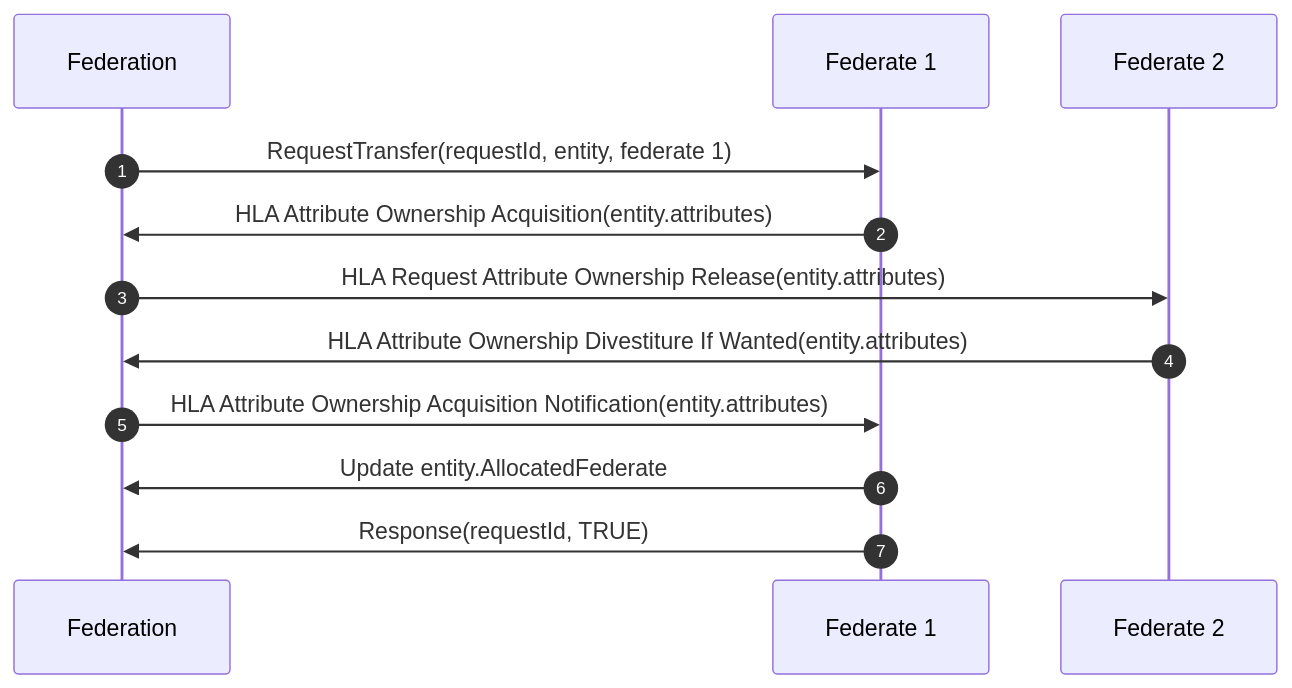
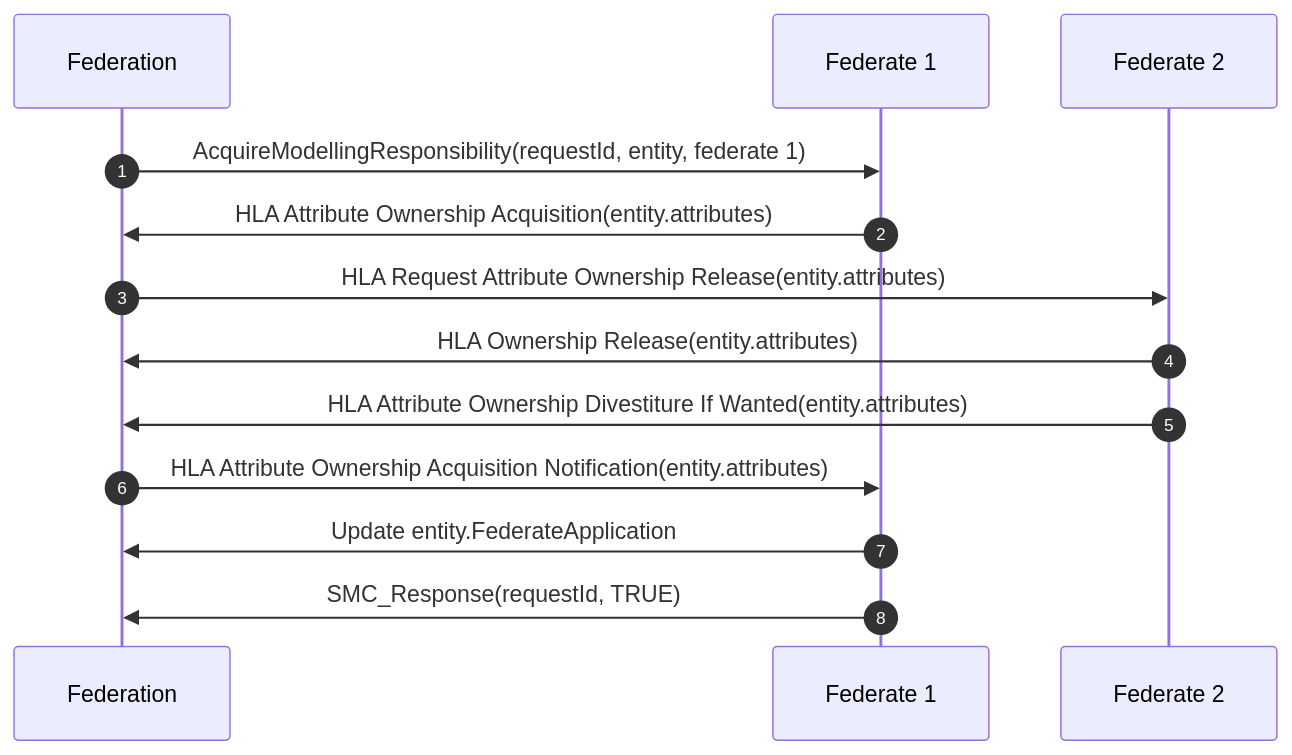
The second of 5 diagrams in NETN-TMR.md (AMSP-04/NETN-TMR), drawn with Mermaid before and after one commit. The commit also changed other lines of this file, not shown here.

````diff
--- a/NETN-TMR.md
+++ b/NETN-TMR.md
@@ -65,13 +69,15 @@
 ``` mermaid 
  
 sequenceDiagram 
 autonumber
-Federation ->>Federate 1:RequestTransfer(requestId, entity, federate 1) 
+
+Federation ->>Federate 1:AcquireModellingResponsibility(requestId, entity, federate 1) 
 Federate 1->>Federation:HLA Attribute Ownership Acquisition(entity.attributes) 
 Federation->>Federate 2:HLA Request Attribute Ownership Release(entity.attributes) 
+Federate 2->>Federation:HLA Ownership Release(entity.attributes) 
 Federate 2->>Federation:HLA Attribute Ownership Divestiture If Wanted(entity.attributes) 
 Federation->>Federate 1:HLA Attribute Ownership Acquisition Notification(entity.attributes) 
-Federate 1->>Federation:Update entity.AllocatedFederate 
-Federate 1->>Federation:Response(requestId, TRUE) 
+Federate 1->>Federation:Update entity.FederateApplication 
+Federate 1->>Federation:SMC_Response(requestId, TRUE) 
  
 ``` 
````
